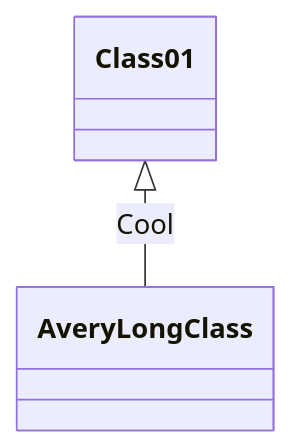
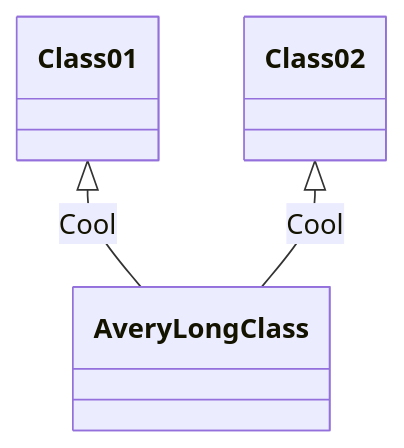
Before and after one commit to mofenusers/mention: the diagram in 前端知识/语言知识/数据结构与算法/数据结构.md, drawn with Mermaid.

Commit message:
auto sync by git

````diff
--- a/前端知识/语言知识/数据结构与算法/数据结构.md
+++ b/前端知识/语言知识/数据结构与算法/数据结构.md
@@ -6,4 +6,5 @@
 ```mermaid
 classDiagram
 Class01 <|-- AveryLongClass : Cool
+Class02 <|-- AveryLongClass : Cool
 ```
````
